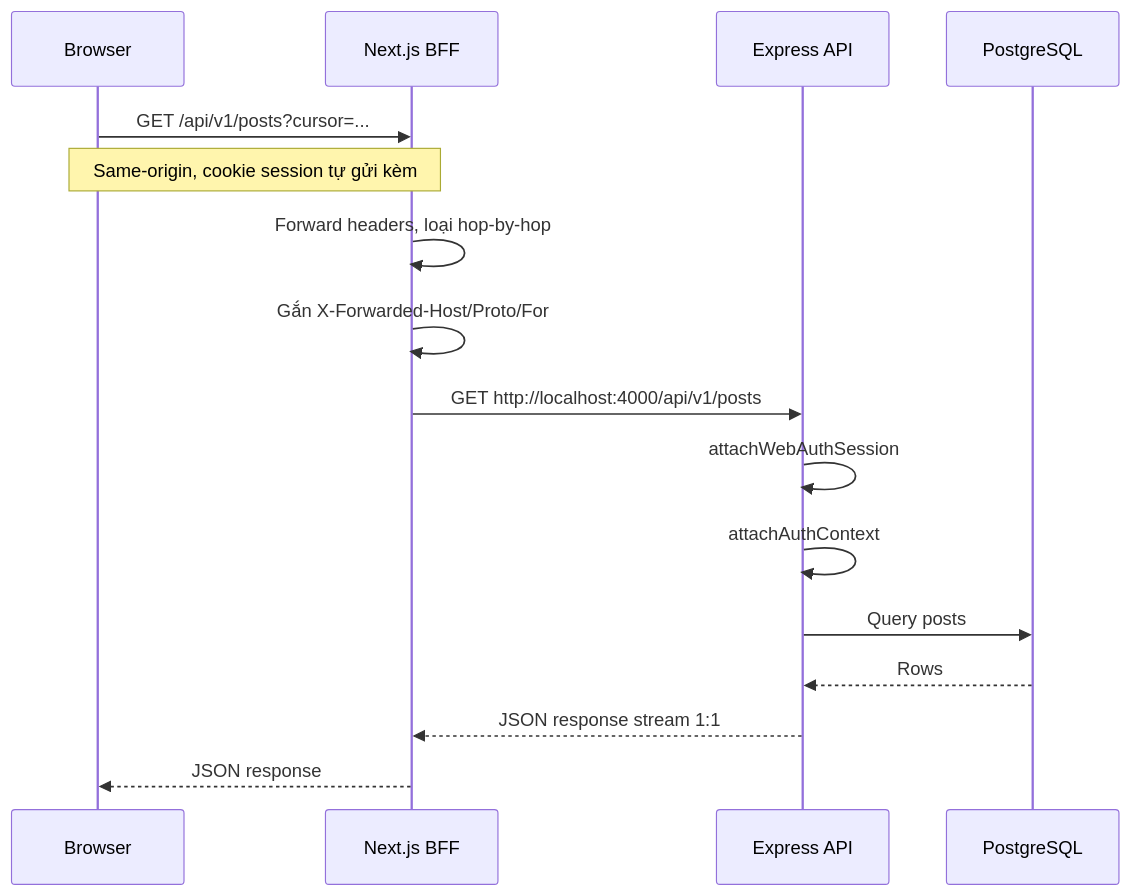
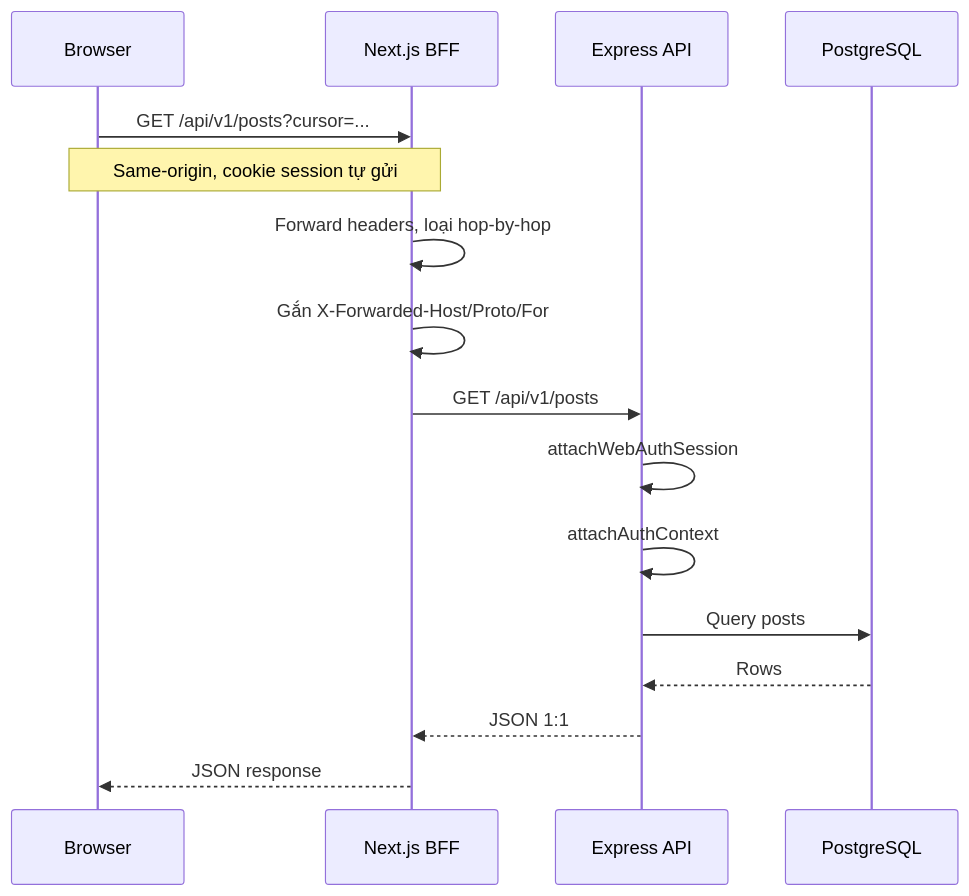
The second of 4 diagrams in docs/architecture.md (ManhThang203/f8-project-fullstack), drawn with Mermaid before and after one commit. The commit also changed other lines of this file and 1 other file, not shown here.

First line of the commit message:
refactor: update README and architecture documentation for clarity and completeness

````diff
--- a/docs/architecture.md
+++ b/docs/architecture.md
@@ -116,21 +125,21 @@
 ```mermaid
 sequenceDiagram
     participant Browser
     participant NextBFF as Next.js BFF
     participant Express as Express API
     participant DB as PostgreSQL
 
     Browser->>NextBFF: GET /api/v1/posts?cursor=...
-    Note over Browser,NextBFF: Same-origin, cookie session tự gửi kèm
+    Note over Browser,NextBFF: Same-origin, cookie session tự gửi
 
     NextBFF->>NextBFF: Forward headers, loại hop-by-hop
     NextBFF->>NextBFF: Gắn X-Forwarded-Host/Proto/For
 
-    NextBFF->>Express: GET http://localhost:4000/api/v1/posts
+    NextBFF->>Express: GET /api/v1/posts
     Express->>Express: attachWebAuthSession
     Express->>Express: attachAuthContext
     Express->>DB: Query posts
     DB-->>Express: Rows
-    Express-->>NextBFF: JSON response stream 1:1
+    Express-->>NextBFF: JSON 1:1
     NextBFF-->>Browser: JSON response
 ```
````
